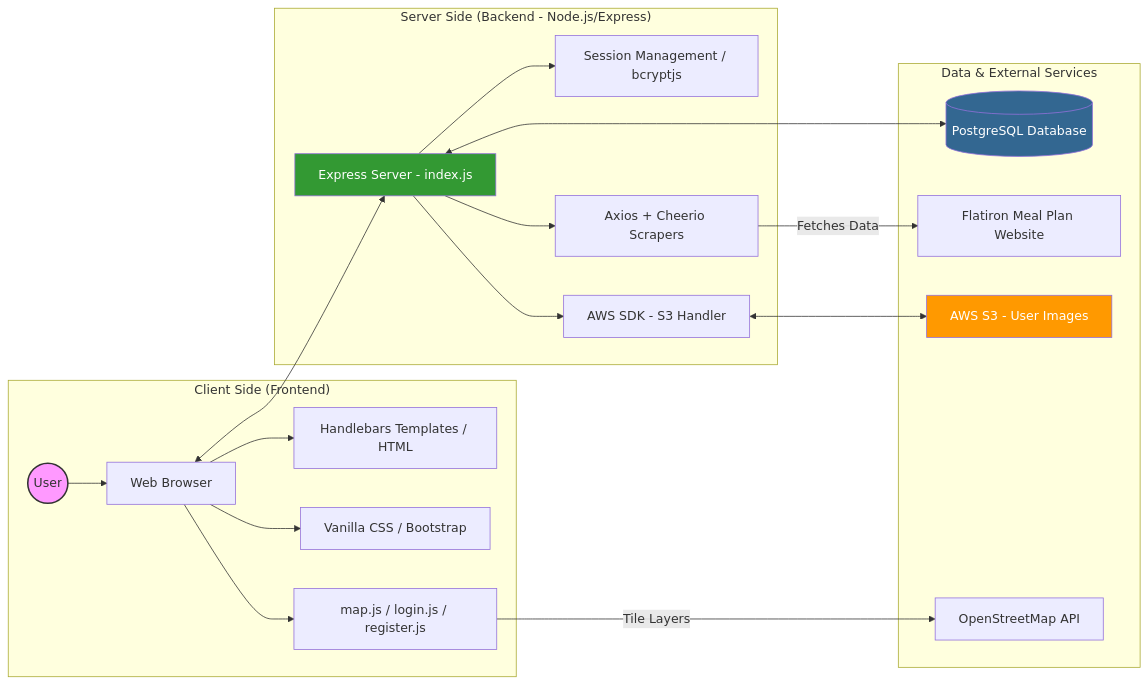
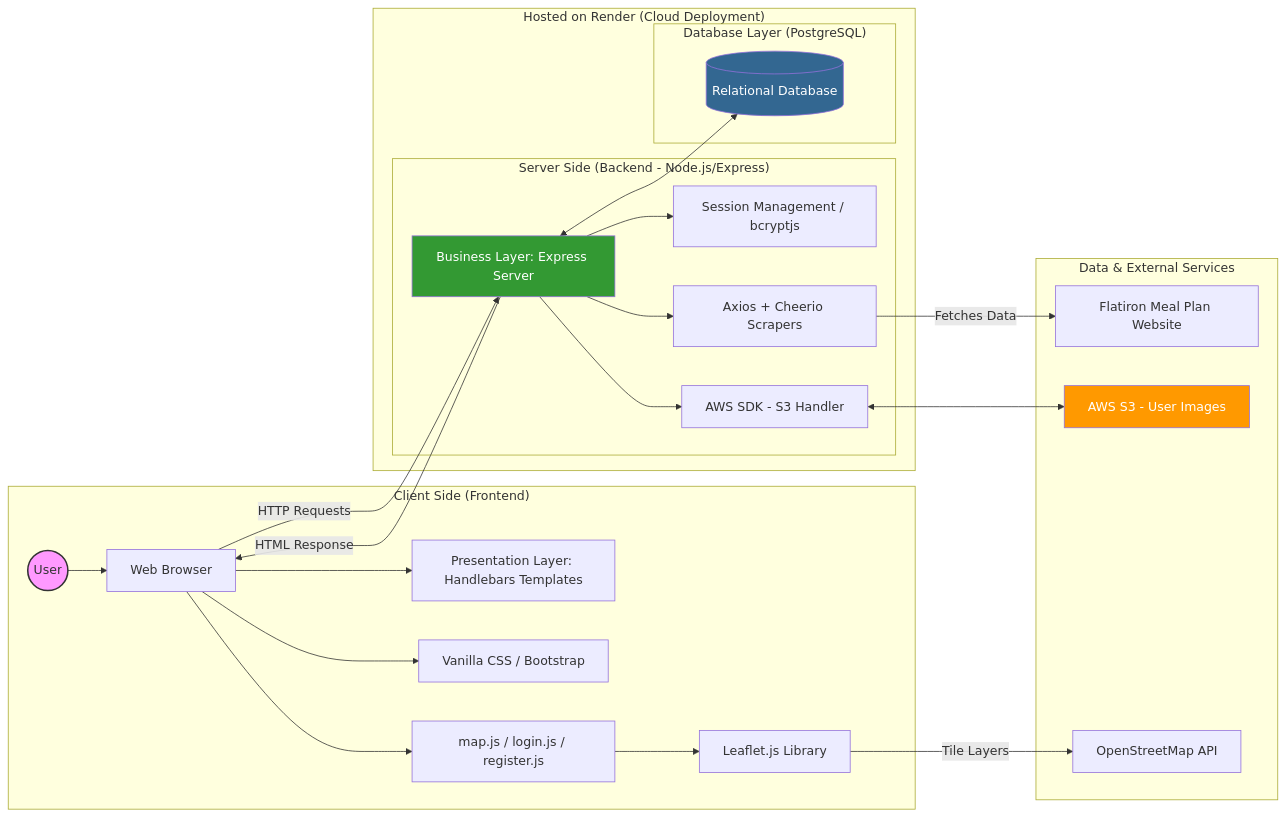
Before and after one commit to mrnobody978/Flatirons-Meal-Plan-Map: the diagram in MilestoneSubmissions/ArchitectureDiagram.md, drawn with Mermaid.

Commit message:
updated diagram

````diff
--- a/MilestoneSubmissions/ArchitectureDiagram.md
+++ b/MilestoneSubmissions/ArchitectureDiagram.md
@@ -5,29 +5,36 @@
 ```mermaid
 graph LR
     subgraph "Client Side (Frontend)"
         User((User)) --> Browser[Web Browser]
-        Browser --> Pages[Handlebars Templates / HTML]
+        Browser --> Pages[Presentation Layer: Handlebars Templates]
         Browser --> CSS[Vanilla CSS / Bootstrap]
         Browser --> ClientJS[map.js / login.js / register.js]
+        ClientJS --> Leaflet[Leaflet.js Library]
     end
 
-    subgraph "Server Side (Backend - Node.js/Express)"
-        Browser <--> Express[Express Server - index.js]
-        Express --> Auth[Session Management / bcryptjs]
-        Express --> Scraper[Axios + Cheerio Scrapers]
-        Express --> AWS_SDK[AWS SDK - S3 Handler]
+    subgraph "Hosted on Render (Cloud Deployment)"
+        subgraph "Server Side (Backend - Node.js/Express)"
+            Express[Business Layer: Express Server] -- HTML Response --> Browser
+            Browser -- HTTP Requests --> Express
+            Express --> Auth[Session Management / bcryptjs]
+            Express --> Scraper[Axios + Cheerio Scrapers]
+            Express --> AWS_SDK[AWS SDK - S3 Handler]
+        end
+
+        subgraph "Database Layer (PostgreSQL)"
+            Express <--> Postgres[(Relational Database)]
+        end
     end
 
     subgraph "Data & External Services"
-        Express <--> Postgres[(PostgreSQL Database)]
         Scraper -- Fetches Data --> FlatironSite[Flatiron Meal Plan Website]
         AWS_SDK <--> S3[AWS S3 - User Images]
-        ClientJS -- Tile Layers --> OSM[OpenStreetMap API]
+        Leaflet -- Tile Layers --> OSM[OpenStreetMap API]
     end
 
     %% Styling
     style User fill:#f9f,stroke:#333,stroke-width:2px
     style Postgres fill:#336791,color:#fff
     style Express fill:#339933,color:#fff
     style S3 fill:#FF9900,color:#fff
 ```
````
